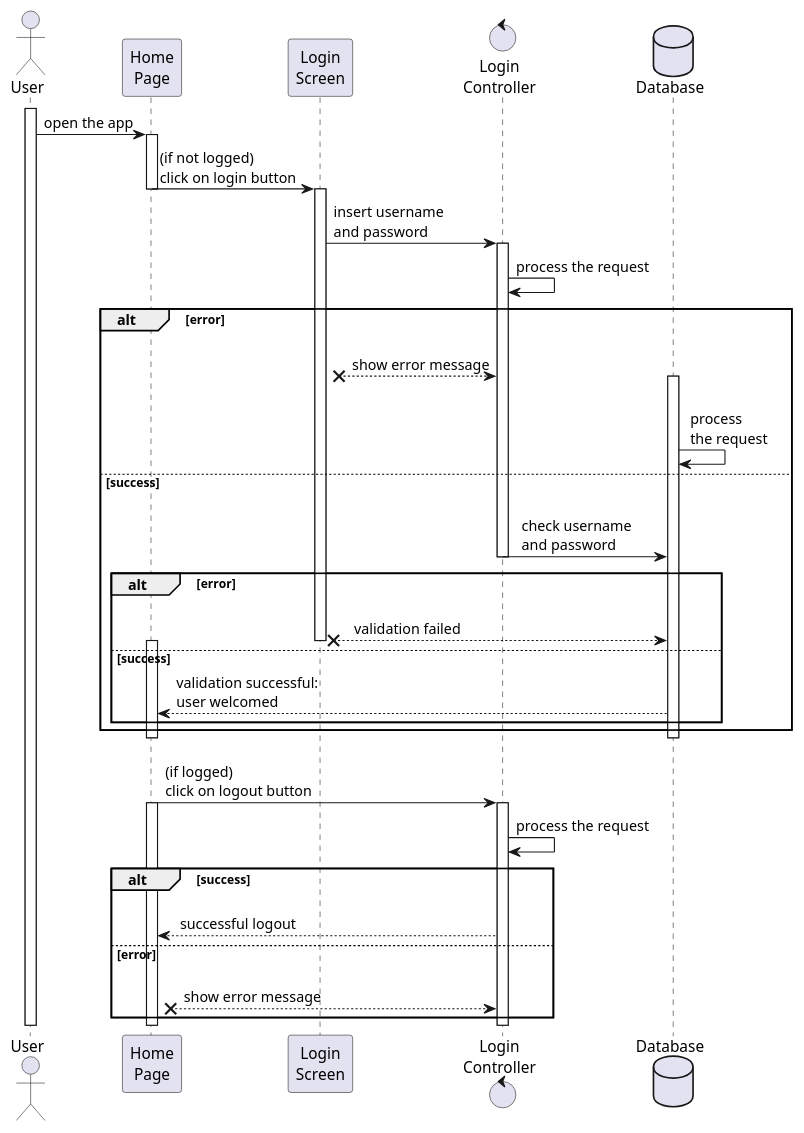
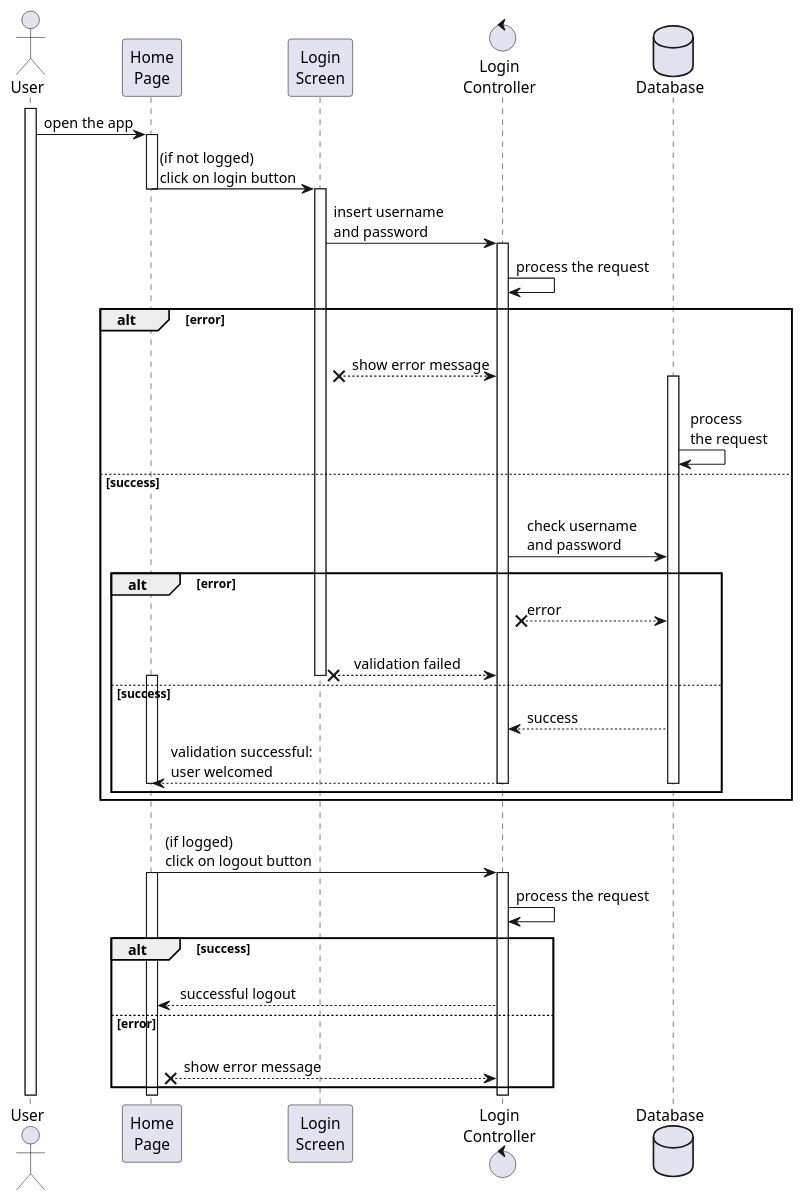
Before and after one commit to TommasoScalici/FoodDelivery: the diagram in src/main/java/unipa/fooddelivery/diagrams/sequence/user/login-logout.wsd, drawn with PlantUML. The commit also changed 1 other file, not shown here.

Commit message:
definitive fix login-logout sequence

```diff
--- a/src/main/java/unipa/fooddelivery/diagrams/sequence/user/login-logout.wsd
+++ b/src/main/java/unipa/fooddelivery/diagrams/sequence/user/login-logout.wsd
@@ -1,59 +1,62 @@
 @startuml login-logout
 
 actor User
 participant "Home\nPage" as HomePage
 participant "Login\nScreen" as LoginScreen
 control "Login\nController" as LoginController
 database Database
 
 activate User
     User -> HomePage : open the app
 
     activate HomePage
-    HomePage -> LoginScreen : (if not logged)\nclick on login button
+        HomePage -> LoginScreen : (if not logged)\nclick on login button
     deactivate HomePage
 
     activate LoginScreen
 
         LoginScreen -> LoginController : insert username \nand password
         activate LoginController
-        LoginController -> LoginController: process the request
-        alt error
-            LoginScreen x-- LoginController: \n  show error message
+            LoginController -> LoginController: process the request
+            alt error
+                LoginScreen x-- LoginController: \n  show error message
 
-            activate Database
-                Database -> Database: \n process\n the request
-        else success
-            LoginController -> Database : \n   check username\n   and password
-            deactivate LoginController
-            alt error
-                LoginScreen x-- Database: \n    validation failed 
+                activate Database
+                    Database -> Database: \n process\n the request
+                    else success
+                        LoginController -> Database : \n   check username\n   and password
+                    alt error
+                        LoginController x-- Database: error
+                        LoginScreen x-- LoginController: \n    validation failed 
 
     deactivate LoginScreen
 
-            else success
-    activate HomePage
-    HomePage <-- Database : validation successful:\nuser welcomed
+                    else success
+                    activate HomePage
+                        LoginController <-- Database : success
+                        HomePage <--LoginController: validation successful:\nuser welcomed
+
+        deactivate LoginController
+                    deactivate HomePage
+                deactivate Database
+                    end
             end
-        end
-            deactivate Database
-    deactivate HomePage
 
     HomePage -> LoginController: \n(if logged)\nclick on logout button
     activate HomePage
 
         activate LoginController
             LoginController -> LoginController: process the request
 
-        alt success
-        HomePage <-- LoginController: \n successful logout
-        else error
-        HomePage x-- LoginController: \n  show error message
-        end
+            alt success
+                HomePage <-- LoginController: \n successful logout
+            else error
+                HomePage x-- LoginController: \n  show error message
+            end
 
         deactivate LoginController
     deactivate HomePage
 deactivate User
 
 
 @enduml
```
